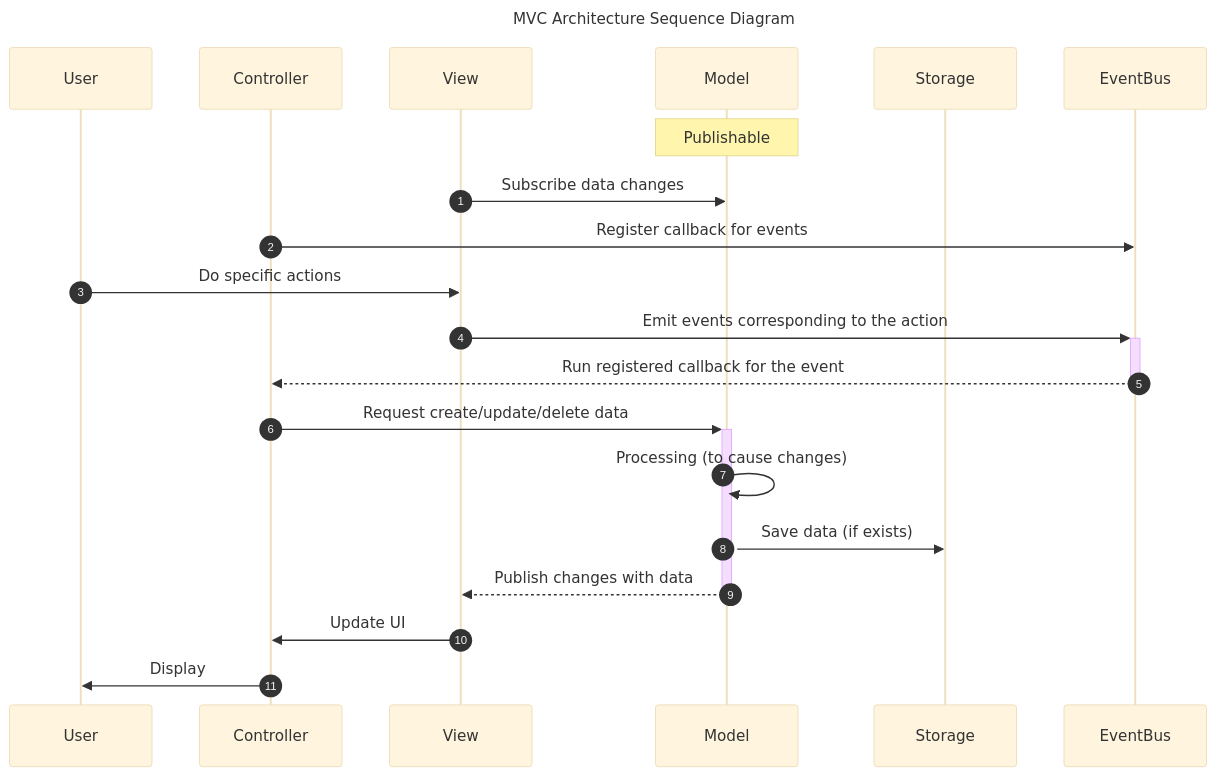
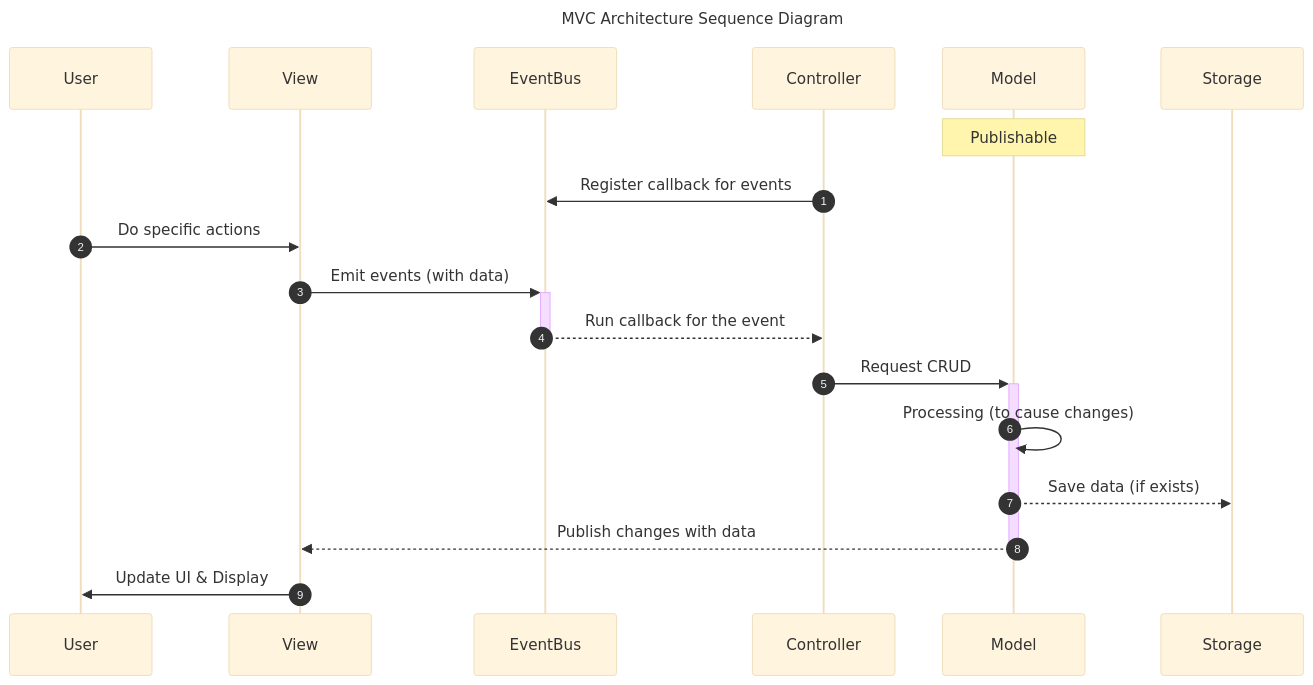
The second of 2 diagrams in README.md (nbcamp/to-do-list), drawn with Mermaid (base theme) before and after one commit. The commit also changed other lines of this file, not shown here.

````diff
--- a/README.md
+++ b/README.md
@@ -161,29 +158,28 @@
 ```mermaid
 ---
 title: MVC Architecture Sequence Diagram
 ---
+
 sequenceDiagram
 
 participant User
+participant View
+participant EventBus
 participant Controller
-participant View
 participant Model
 participant Storage
-participant EventBus
 
 Note over Model: Publishable
 
 autonumber
 
-View->>Model: Subscribe data changes
 Controller->>EventBus: Register callback for events
 User->>View: Do specific actions
-View->>+EventBus: Emit events corresponding to the action
-EventBus-->>-Controller: Run registered callback for the event
-Controller->>+Model: Request create/update/delete data
+View->>+EventBus: Emit events (with data)
+EventBus-->>-Controller: Run callback for the event
+Controller->>+Model: Request CRUD
 Model->>Model: Processing (to cause changes)
-Model->>Storage: Save data (if exists)
+Model-->>Storage: Save data (if exists)
 Model-->>-View: Publish changes with data
-View->>Controller: Update UI
-Controller->>User: Display
+View->>User: Update UI & Display
 ```
````
